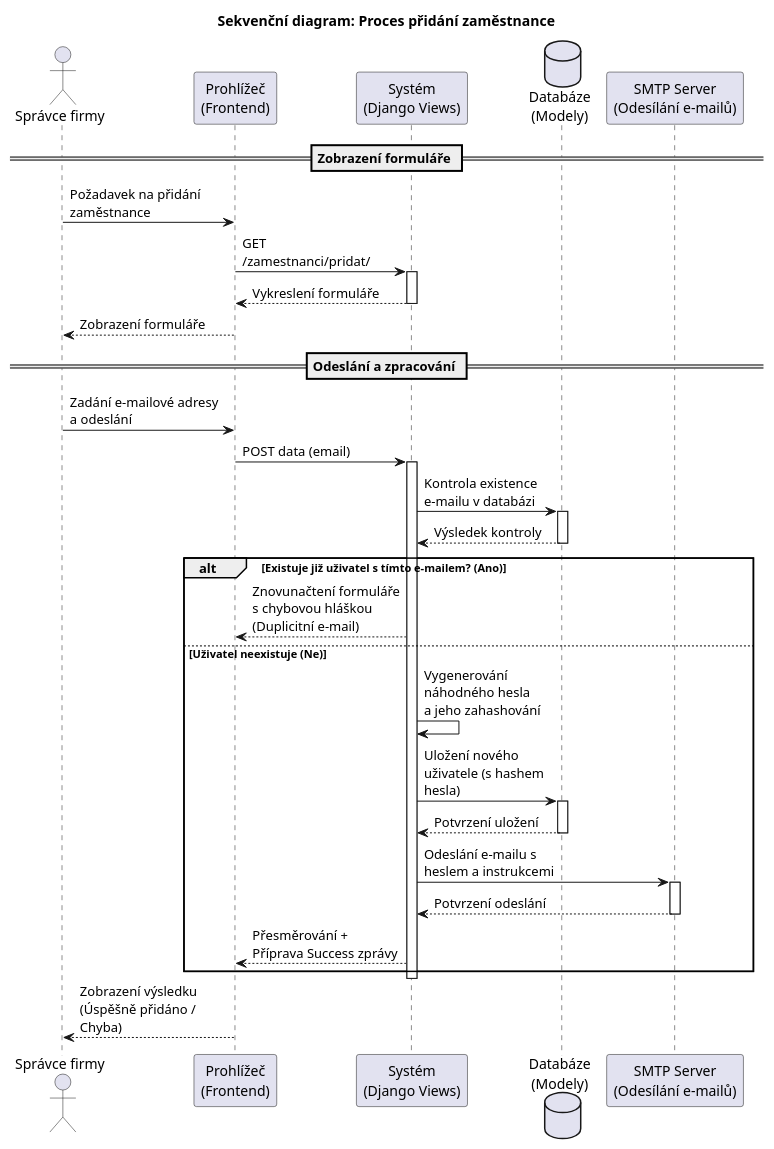
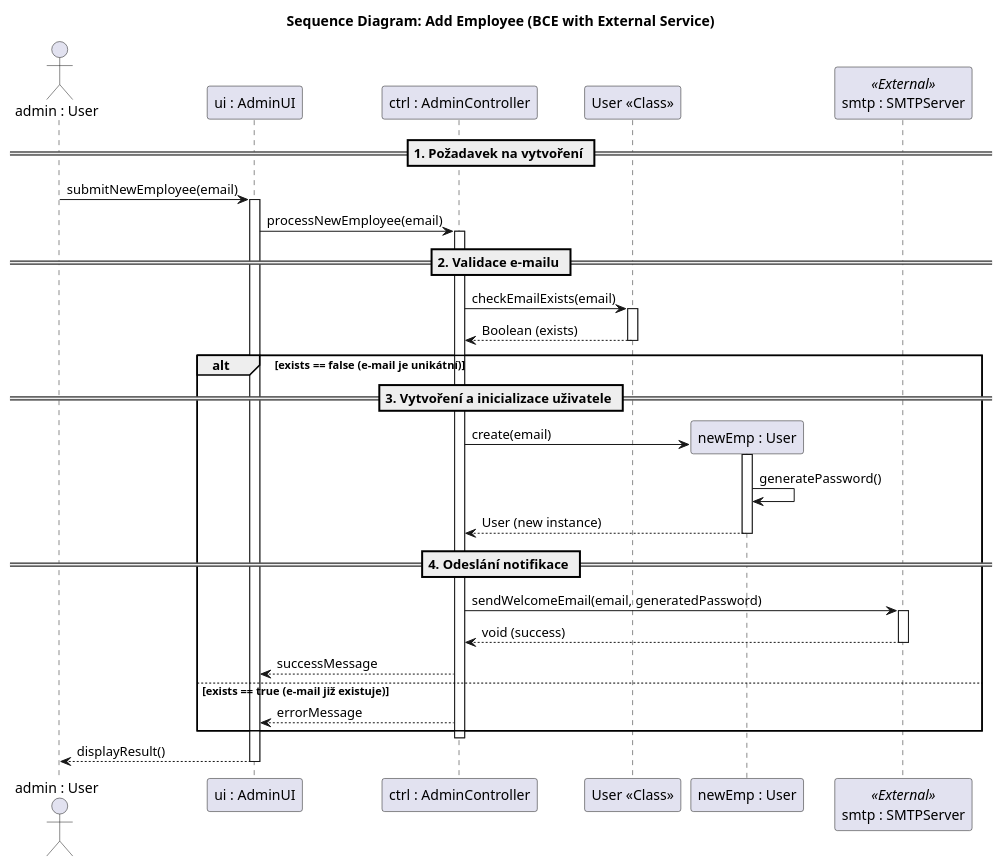
One commit to AidenCze/SWI-Project changed the diagram in docs/diagramy/sequence-add-user.puml. Above: the diagram before and after it, drawn with PlantUML. The commit also changed 7 other files, not shown here.

Commit message:
Refactor sequence diagrams and remove obsolete login diagram

```diff
--- a/docs/diagramy/sequence-add-user.puml
+++ b/docs/diagramy/sequence-add-user.puml
@@ -1,52 +1,51 @@
 @startuml
-title Sekvenční diagram: Proces přidání zaměstnance
+title Sequence Diagram: Add Employee (BCE with External Service)
 
-skinparam maxMessageSize 150
-skinparam BoxPadding 10
+actor "admin : User" as admin
+participant "ui : AdminUI" as ui
+participant "ctrl : AdminController" as ctrl
+participant "User <<Class>>" as userClass
+participant "newEmp : User" as newEmp
+participant "smtp : SMTPServer" as smtp <<External>>
 
-actor "Správce firmy" as admin
-participant "Prohlížeč\n(Frontend)" as ui
-participant "Systém\n(Django Views)" as view
-database "Databáze\n(Modely)" as db
-participant "SMTP Server\n(Odesílání e-mailů)" as email
+== 1. Požadavek na vytvoření ==
+admin -> ui : submitNewEmployee(email)
+activate ui
 
-== Zobrazení formuláře ==
-admin -> ui : Požadavek na přidání zaměstnance
-ui -> view : GET /zamestnanci/pridat/
-activate view
-view --> ui : Vykreslení formuláře
-deactivate view
-ui --> admin : Zobrazení formuláře
+ui -> ctrl : processNewEmployee(email)
+activate ctrl
 
-== Odeslání a zpracování ==
-admin -> ui : Zadání e-mailové adresy a odeslání
-ui -> view : POST data (email)
-activate view
+== 2. Validace e-mailu ==
+ctrl -> userClass : checkEmailExists(email)
+activate userClass
 
-view -> db : Kontrola existence e-mailu v databázi
-activate db
-db --> view : Výsledek kontroly
-deactivate db
+userClass --> ctrl : Boolean (exists)
+deactivate userClass
 
-alt Existuje již uživatel s tímto e-mailem? (Ano)
-    view --> ui : Znovunačtení formuláře s chybovou hláškou\n(Duplicitní e-mail)
-else Uživatel neexistuje (Ne)
-    view -> view : Vygenerování náhodného hesla\na jeho zahashování
+alt exists == false (e-mail je unikátní)
+    == 3. Vytvoření a inicializace uživatele ==
+    ctrl -> newEmp ** : create(email)
+    activate newEmp
     
-    view -> db : Uložení nového uživatele (s hashem hesla)
-    activate db
-    db --> view : Potvrzení uložení
-    deactivate db
+    newEmp -> newEmp : generatePassword()
+
     
-    view -> email : Odeslání e-mailu s heslem a instrukcemi
-    activate email
-    email --> view : Potvrzení odeslání
-    deactivate email
+    newEmp --> ctrl : User (new instance)
+    deactivate newEmp
     
-    view --> ui : Přesměrování + Příprava Success zprávy
+    == 4. Odeslání notifikace ==
+    ctrl -> smtp : sendWelcomeEmail(email, generatedPassword)
+    activate smtp
+
+    smtp --> ctrl : void (success)
+    deactivate smtp
+    
+    ctrl --> ui : successMessage
+else exists == true (e-mail již existuje)
+    ctrl --> ui : errorMessage
 end
-deactivate view
+deactivate ctrl
 
-ui --> admin : Zobrazení výsledku (Úspěšně přidáno / Chyba)
-
+ui --> admin : displayResult()
+deactivate ui
 @enduml
```
